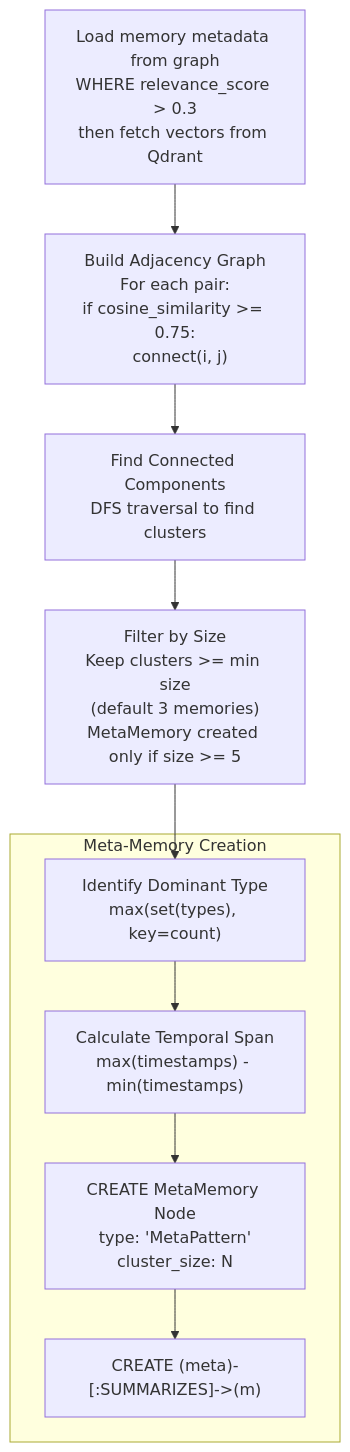
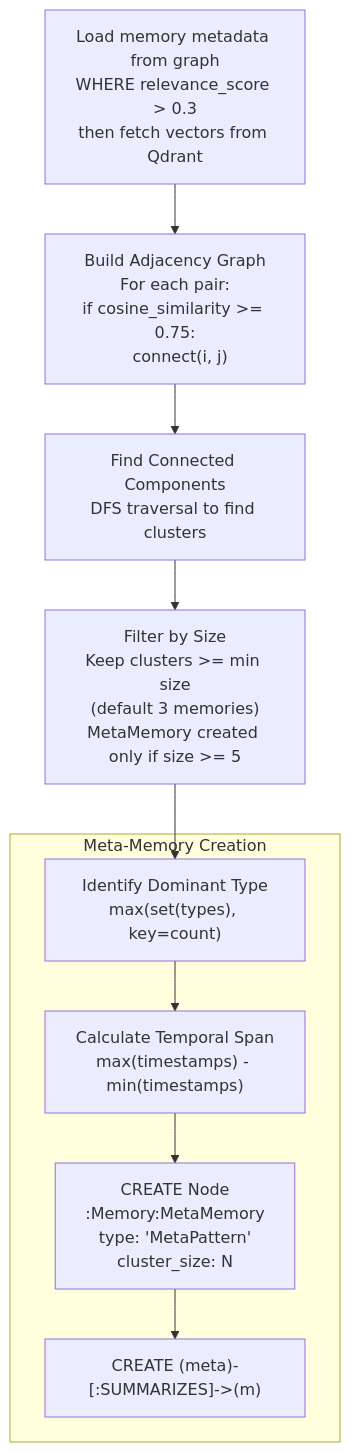
Before and after one commit to verygoodplugins/automem-website: the fourth of 5 diagrams in src/content/docs/docs/core-concepts/consolidation.md, drawn with Mermaid. The commit also changed other lines of this file and 1 other file, not shown here.

Commit message:
docs: correct consolidation meta-memory contract (#345)

````diff
--- a/src/content/docs/docs/core-concepts/consolidation.md
+++ b/src/content/docs/docs/core-concepts/consolidation.md
@@ -262,25 +262,25 @@
 ```mermaid
 graph TB
     Load["Load memory metadata from graph<br/>WHERE relevance_score > 0.3<br/>then fetch vectors from Qdrant"]
 
     Build["Build Adjacency Graph<br/>For each pair:<br/>if cosine_similarity >= 0.75:<br/>  connect(i, j)"]
 
     DFS["Find Connected Components<br/>DFS traversal to find clusters"]
 
     Filter["Filter by Size<br/>Keep clusters >= min size<br/>(default 3 memories)<br/>MetaMemory created only if size >= 5"]
 
     subgraph "Meta-Memory Creation"
         Theme["Identify Dominant Type<br/>max(set(types), key=count)"]
         Span["Calculate Temporal Span<br/>max(timestamps) - min(timestamps)"]
-        Create["CREATE MetaMemory Node<br/>type: 'MetaPattern'<br/>cluster_size: N"]
+        Create["CREATE Node<br/>:Memory:MetaMemory<br/>type: 'MetaPattern'<br/>cluster_size: N"]
         Link["CREATE (meta)-[:SUMMARIZES]->(m)"]
     end
 
     Load --> Build
     Build --> DFS
     DFS --> Filter
     Filter --> Theme
     Theme --> Span
     Span --> Create
     Create --> Link
 ```
````
